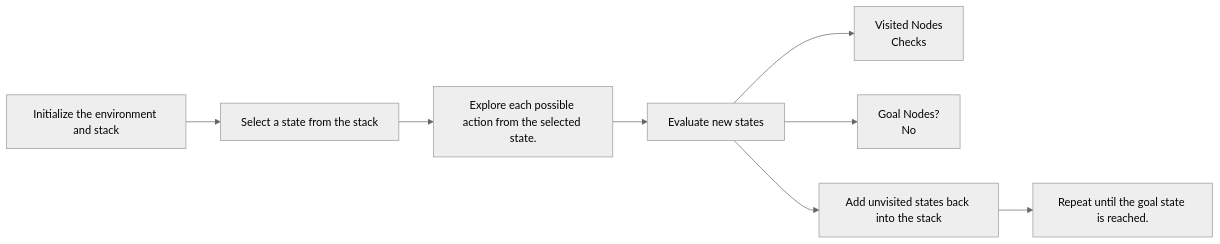
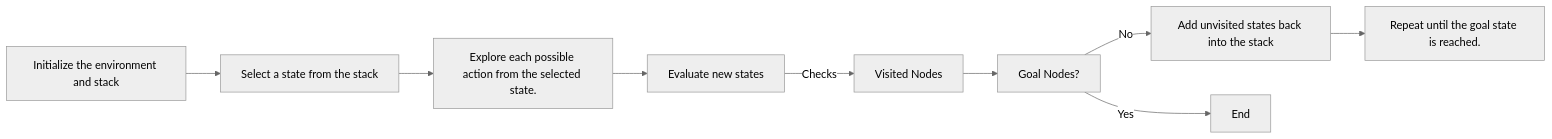
The second of 3 diagrams in README.md (NosrevytsNg/Taxi-v3-Search-Agent), drawn with Mermaid (neutral theme) before and after one commit. The commit also changed other lines of this file, not shown here.

Commit message:
Update flowchart

````diff
--- a/README.md
+++ b/README.md
@@ -118,12 +118,13 @@
 ```mermaid
 flowchart LR
 
 A[Initialize the environment and stack]
 A --> B[Select a state from the stack]
 B --> C[Explore each possible action from the selected state.]
 C --> D[Evaluate new states]
-D --> Z[Visited Nodes<br>Checks]
-D --> Y[Goal Nodes?<br>No]
-D --> E[Add unvisited states back into the stack]
+D --> |Checks| Z[Visited Nodes]
+Z --> Y[Goal Nodes?]
+Y -->|No| E[Add unvisited states back into the stack]
+Y -->|Yes| X[End]
 E --> F[Repeat until the goal state is reached.]
 ```
````
